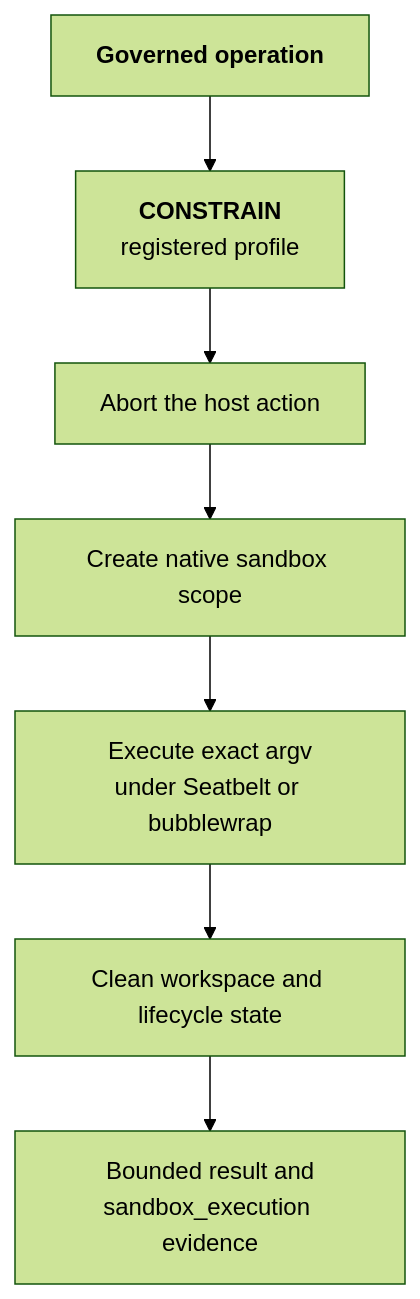
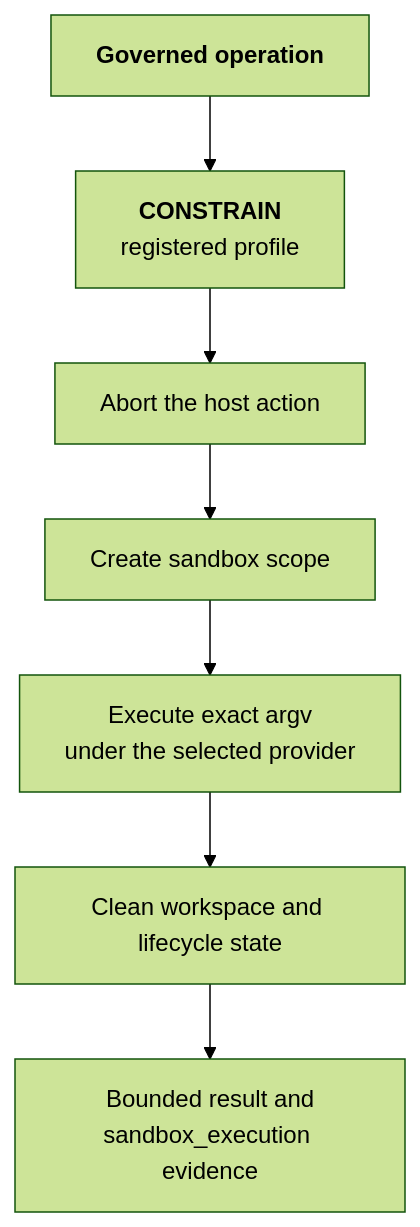
Before and after one commit to OpenBox-AI/openbox-document: the diagram in website/docs/trust-lifecycle/authorize/sandbox-execution.md, drawn with Mermaid (forest theme). The commit also changed other lines of this file and 12 other files, not shown here.

````diff
--- a/website/docs/trust-lifecycle/authorize/sandbox-execution.md
+++ b/website/docs/trust-lifecycle/authorize/sandbox-execution.md
@@ -27,12 +27,12 @@
 ```mermaid
 flowchart TD
     op["<b>Governed operation</b>"]
     verdict["<b>CONSTRAIN</b><br/>registered profile"]
     abort["Abort the host action"]
-    create["Create native sandbox scope"]
-    exec["Execute exact argv<br/>under Seatbelt or bubblewrap"]
+    create["Create sandbox scope"]
+    exec["Execute exact argv<br/>under the selected provider"]
     cleanup["Clean workspace and lifecycle state"]
     evidence["Bounded result and<br/>sandbox_execution evidence"]
 
     op --> verdict --> abort --> create --> exec --> cleanup --> evidence
 ```
````
